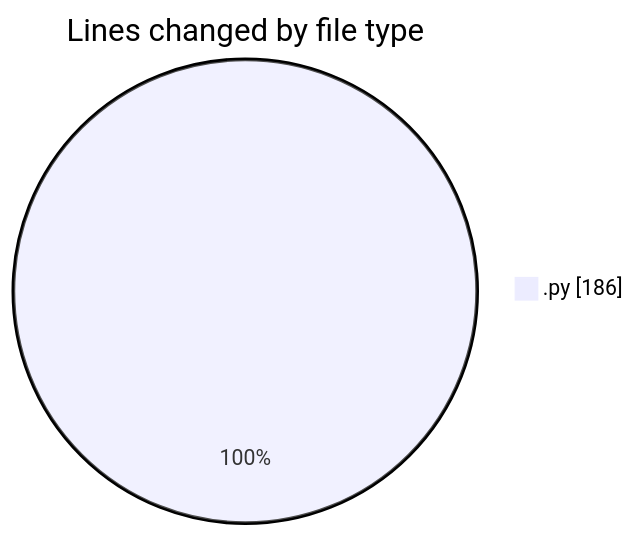
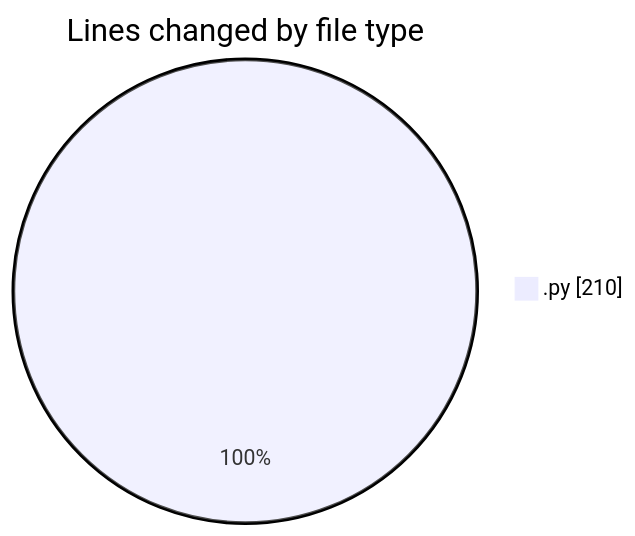
One commit to julien-gomy/code-tracking changed the first of 2 diagrams in 2025-10-22/eventscop-api-guide__workspace_/README.md. Above: the diagram before and after it, drawn with Mermaid. The commit also changed other lines of this file and 1 other file, not shown here.

````diff
--- a/2025-10-22/eventscop-api-guide__workspace_/README.md
+++ b/2025-10-22/eventscop-api-guide__workspace_/README.md
@@ -22,5 +22,5 @@
 ```mermaid
 pie showData
 title Lines changed by file type
-".py" : 186
+".py" : 210
 ```
````
